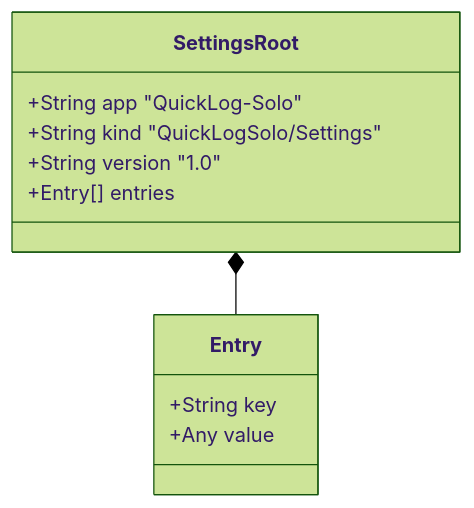
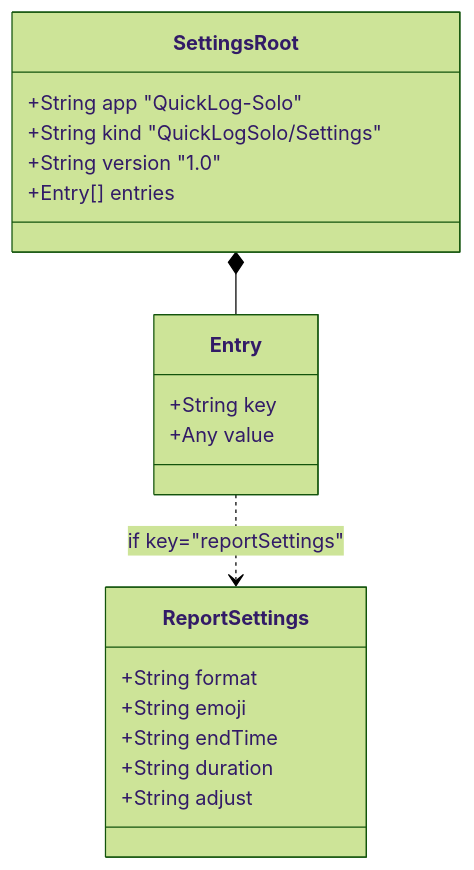
One commit to masanori-satake/QuickLog-Solo changed the first of 3 diagrams in docs/schema/README.md. Above: the diagram before and after it, drawn with Mermaid (forest theme). The commit also changed other lines of this file, not shown here.

First line of the commit message:
Add detailed description for reportSettings in schema README (#228)

````diff
--- a/docs/schema/README.md
+++ b/docs/schema/README.md
@@ -26,14 +26,22 @@
 ```mermaid
 classDiagram
     class SettingsRoot {
         +String app "QuickLog-Solo"
         +String kind "QuickLogSolo/Settings"
         +String version "1.0"
         +Entry[] entries
     }
     class Entry {
         +String key
         +Any value
     }
+    class ReportSettings {
+        +String format
+        +String emoji
+        +String endTime
+        +String duration
+        +String adjust
+    }
     SettingsRoot *-- Entry
+    Entry ..> ReportSettings : if key="reportSettings"
 ```
````
